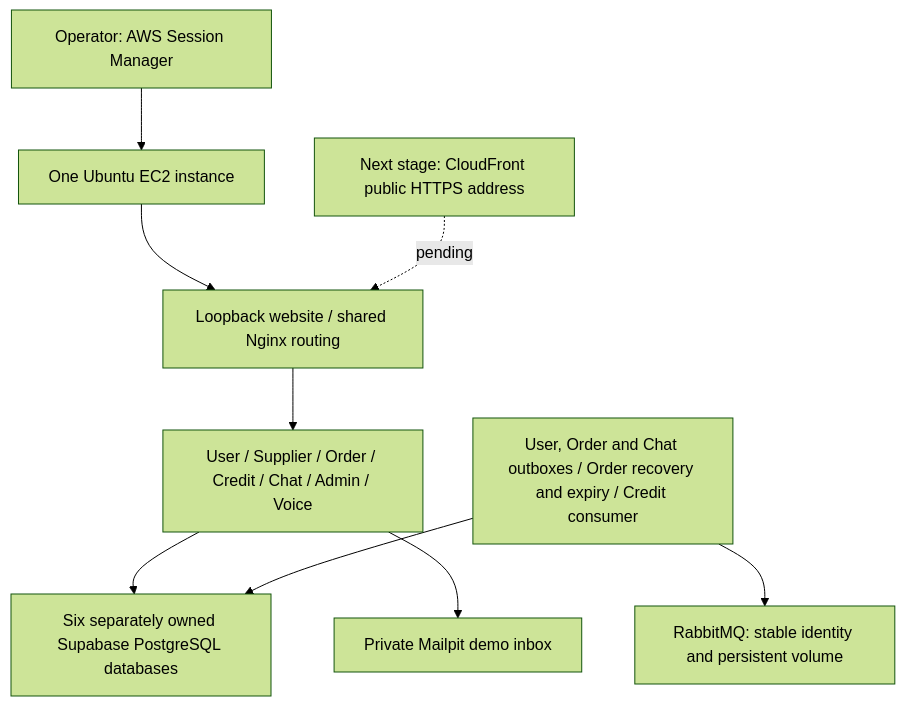
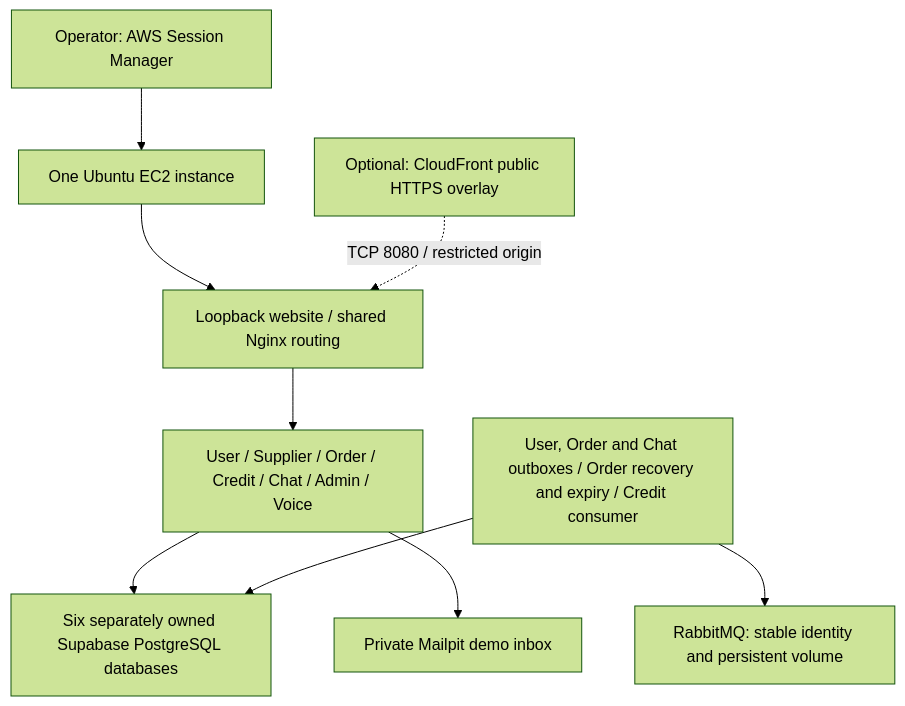
One commit to AY2627S1-CS3219-P6/foc changed the diagram in deploy/aws/README.md. Above: the diagram before and after it, drawn with Mermaid (forest theme). The commit also changed other lines of this file and 11 other files, not shown here.

Commit message:
feat(deploy): add public HTTPS ingress with CloudFront

````diff
--- a/deploy/aws/README.md
+++ b/deploy/aws/README.md
@@ -15,11 +20,11 @@
 ```mermaid
 flowchart TD
     SSM[Operator: AWS Session Manager] --> EC2[One Ubuntu EC2 instance]
     EC2 --> Web[Loopback website / shared Nginx routing]
     Web --> APIs[User / Supplier / Order / Credit / Chat / Admin / Voice]
     APIs --> DB[Six separately owned Supabase PostgreSQL databases]
     Workers[User, Order and Chat outboxes / Order recovery and expiry / Credit consumer] --> DB
     Workers --> Rabbit[RabbitMQ: stable identity and persistent volume]
     APIs --> Mail[Private Mailpit demo inbox]
-    Future[Next stage: CloudFront public HTTPS address] -. pending .-> Web
+    Future[Optional: CloudFront public HTTPS overlay] -. TCP 8080 / restricted origin .-> Web
 ```
````
